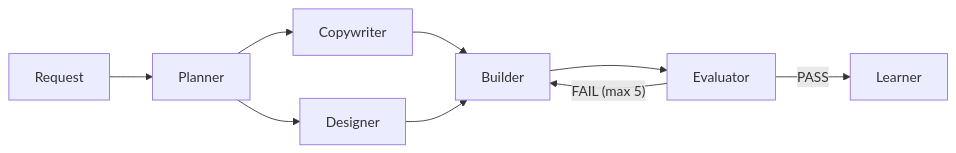
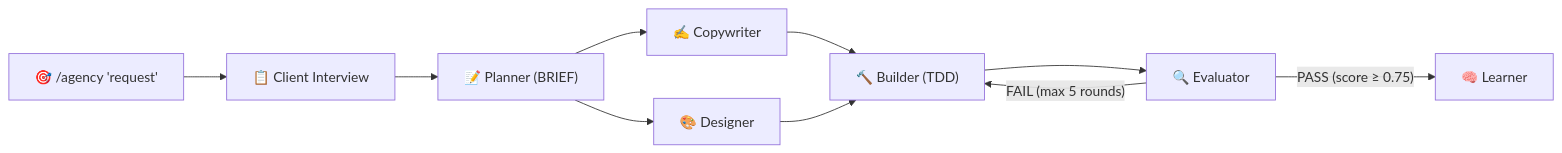
One commit to modu-ai/moai-adk changed the seventh of 7 diagrams in README.md. Above: the diagram before and after it, drawn with Mermaid. The commit also changed other lines of this file and 3 other files, not shown here.

First line of the commit message:
docs(readme): Agency v3.2 상세 문서화 - 자율 워크플로우 + GAN Loop + 브랜드 컨텍스트 (4개 언어)

````diff
--- a/README.md
+++ b/README.md
@@ -879,11 +897,12 @@
 ```mermaid
 flowchart LR
-    REQ[Request] --> P[Planner]
-    P --> C[Copywriter]
-    P --> D[Designer]
-    C --> B[Builder]
+    REQ["🎯 /agency 'request'"] --> INT["📋 Client Interview"]
+    INT --> P["📝 Planner (BRIEF)"]
+    P --> C["✍️ Copywriter"]
+    P --> D["🎨 Designer"]
+    C --> B["🔨 Builder (TDD)"]
     D --> B
-    B --> E[Evaluator]
-    E -->|"FAIL (max 5)"| B
-    E -->|PASS| L[Learner]
+    B --> E["🔍 Evaluator"]
+    E -->|"FAIL (max 5 rounds)"| B
+    E -->|"PASS (score ≥ 0.75)"| L["🧠 Learner"]
 ```
````
